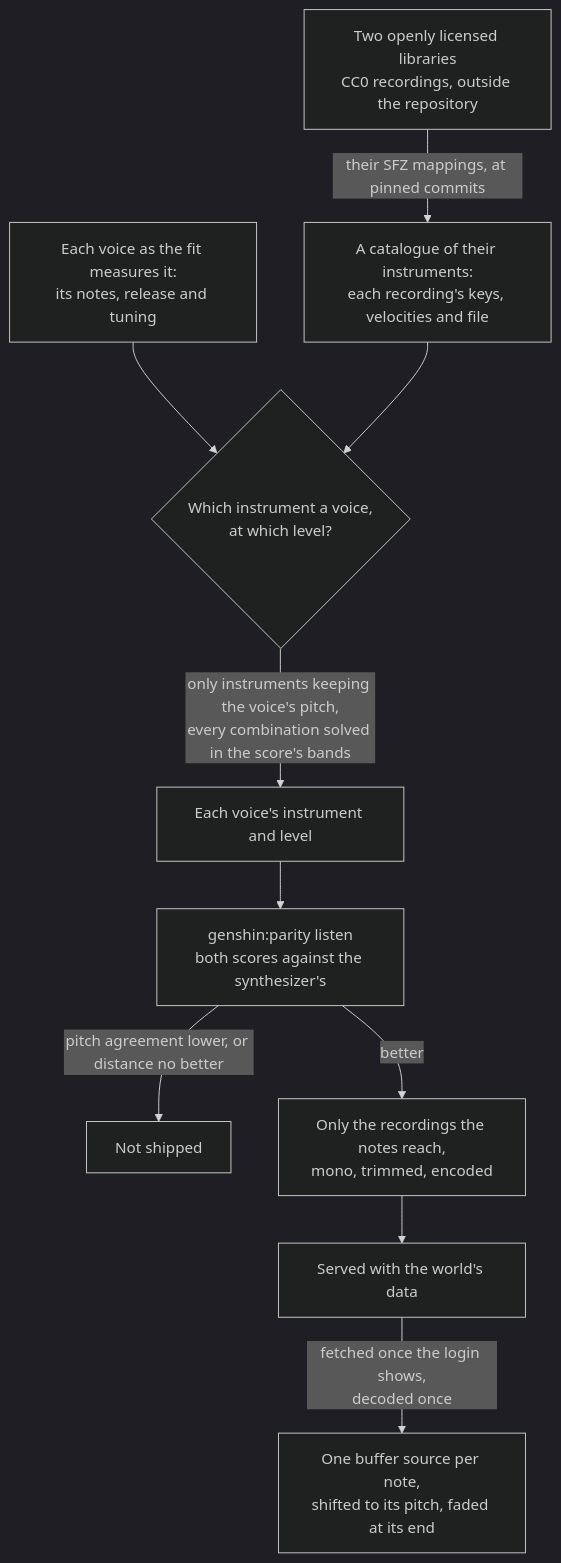
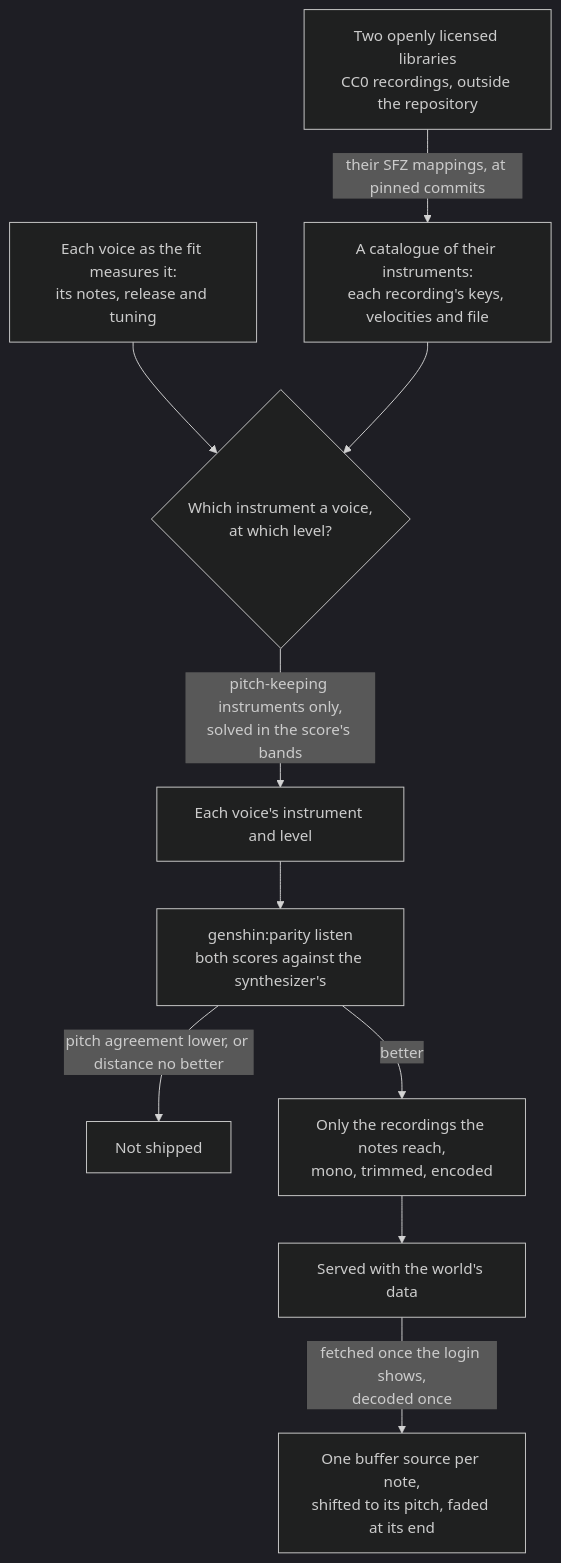
One commit to Esposter/Esposter changed the diagram in apps/web/content/docs/proposals/genshin/sampled-instruments.md. Above: the diagram before and after it, drawn with Mermaid (dark theme).

Commit message:
docs(genshin): keep the sampled proposal's solve label to a name and a qualifier
The docs suite's diagram-label test, red on the push's coverage job.

Claude-Session: https://claude.ai/code/session_014Lyp6MKgtxN9EkpTgfijbj

````diff
--- a/apps/web/content/docs/proposals/genshin/sampled-instruments.md
+++ b/apps/web/content/docs/proposals/genshin/sampled-instruments.md
@@ -13,12 +13,12 @@
 ```mermaid
 flowchart TD
   L["Two openly licensed libraries<br/>CC0 recordings, outside the repository"] -->|"their SFZ mappings, at pinned commits"| C["A catalogue of their instruments:<br/>each recording's keys, velocities and file"]
   F["Each voice as the fit measures it:<br/>its notes, release and tuning"] --> S{"Which instrument a voice,<br/>at which level?"}
   C --> S
-  S -->|"only instruments keeping the voice's pitch,<br/>every combination solved in the score's bands"| P["Each voice's instrument and level"]
+  S -->|"pitch-keeping instruments only,<br/>solved in the score's bands"| P["Each voice's instrument and level"]
   P --> T["genshin:parity listen<br/>both scores against the synthesizer's"]
   T -->|"pitch agreement lower, or distance no better"| X["Not shipped"]
   T -->|"better"| E["Only the recordings the notes reach,<br/>mono, trimmed, encoded"]
   E --> W["Served with the world's data"]
   W -->|"fetched once the login shows,<br/>decoded once"| B["One buffer source per note,<br/>shifted to its pitch, faded at its end"]
 ```
````
